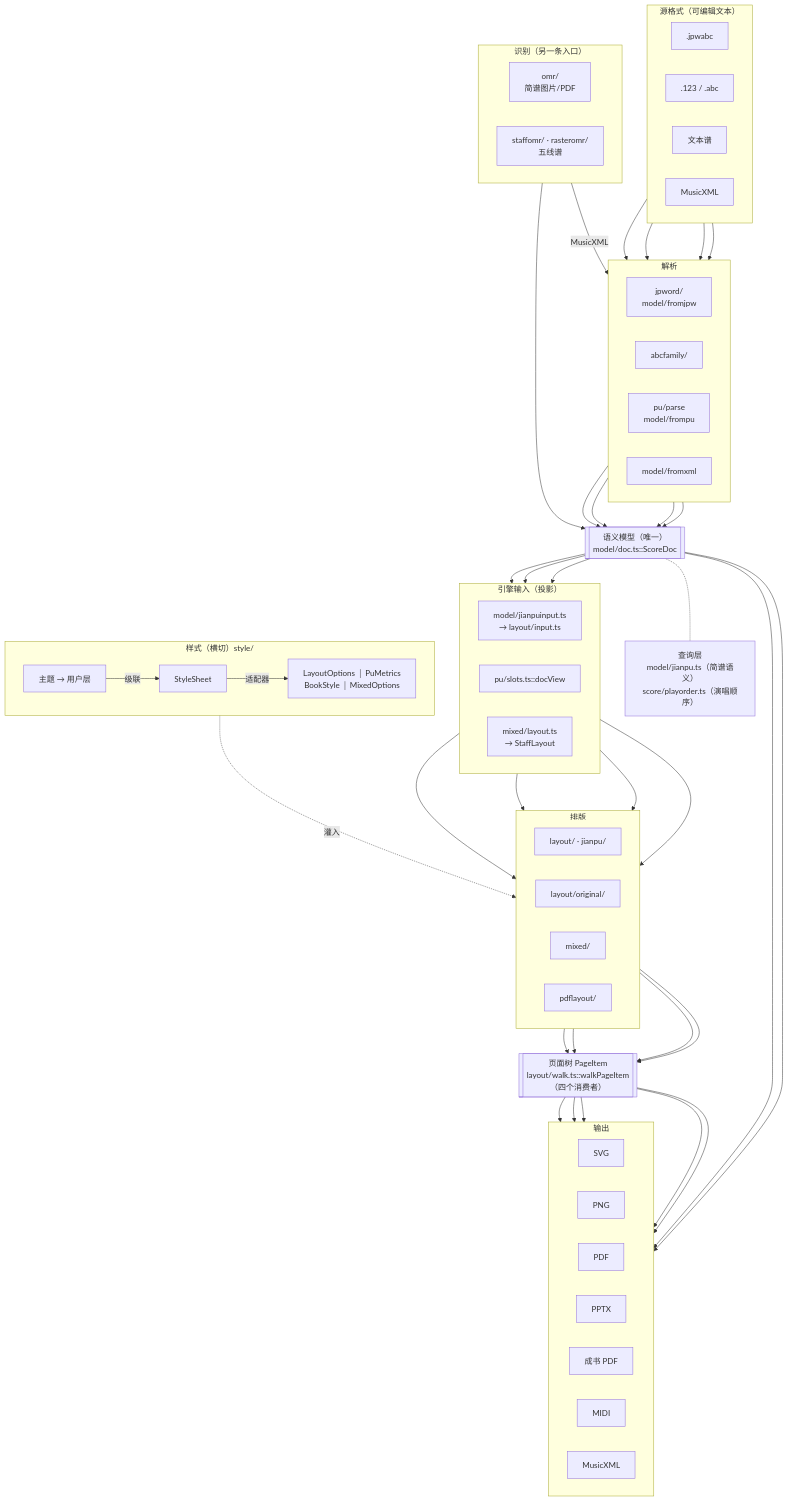
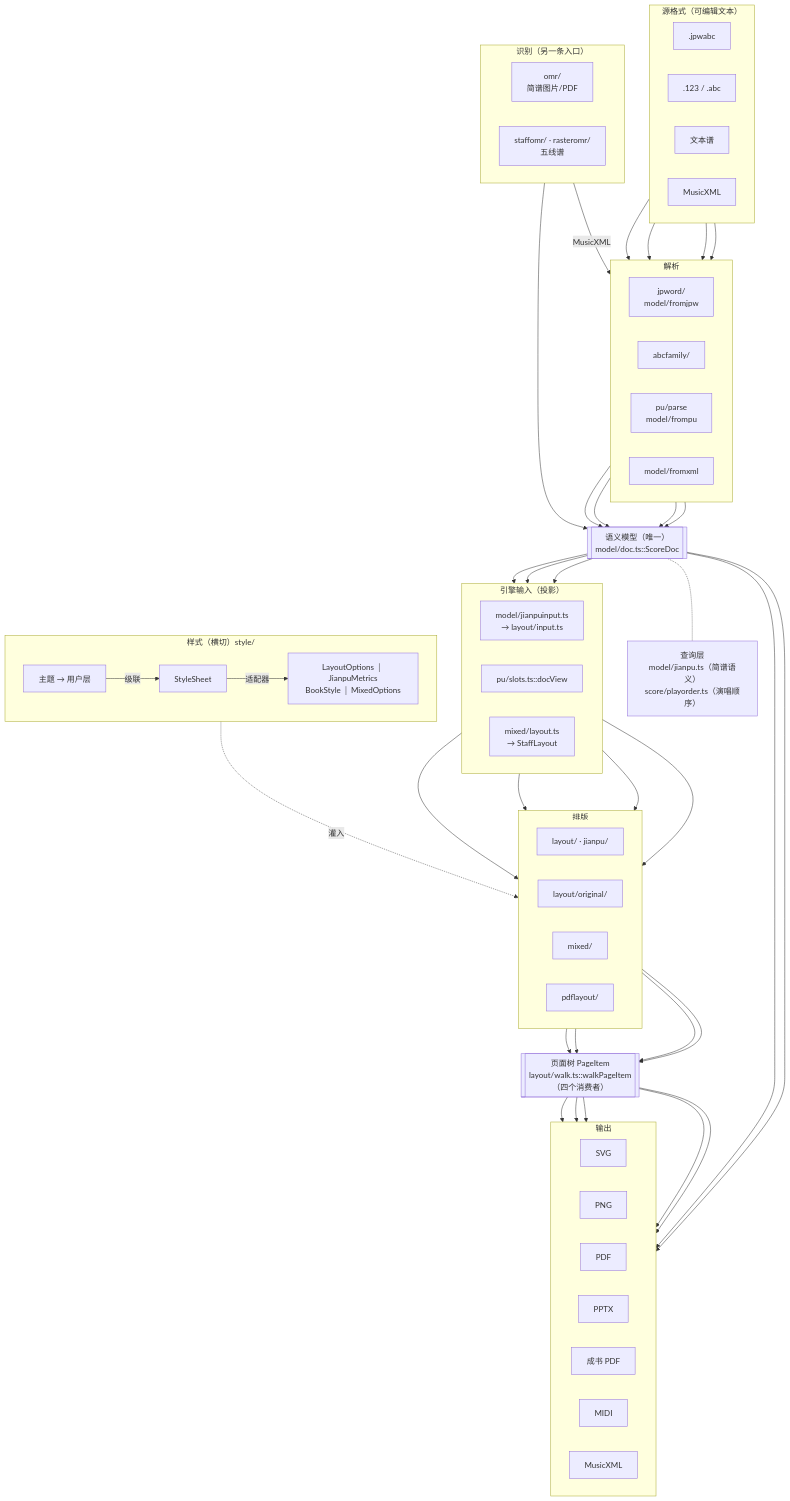
The diagram in docs/架构.md (lodebar2026/jpeditor), drawn with Mermaid before and after one commit. The commit also changed other lines of this file and 20 other files, not shown here.

Commit message:
原样文档布局的出厂度量迁进内置 .ss（R8）：pu-original.ss 改名 original.ss 作公共底表，诗歌本方言差异写进 original-shige.ss（字号字体走角色，其余走 @jianpu 新增的 original 列），删 applyShige/metricsFor；文档随改名同步，待办删 R8 与字段映射、另记 engine pu 改名

````diff
--- a/docs/架构.md
+++ b/docs/架构.md
@@ -41,78 +41,78 @@
 ```mermaid
 flowchart TB
   subgraph SRC["源格式（可编辑文本）"]
     direction LR
     jpw[".jpwabc"]
     abcf[".123 / .abc"]
     pu["文本谱"]
     xml["MusicXML"]
   end
 
   subgraph PARSE["解析"]
     direction LR
     pjpw["jpword/<br/>model/fromjpw"]
     pabc["abcfamily/"]
     ppu["pu/parse<br/>model/frompu"]
     pxml["model/fromxml"]
   end
 
   subgraph OMR["识别（另一条入口）"]
     direction LR
     omr["omr/<br/>简谱图片/PDF"]
     somr["staffomr/ · rasteromr/<br/>五线谱"]
   end
 
   doc[["语义模型（唯一）<br/>model/doc.ts::ScoreDoc"]]
   query["查询层<br/>model/jianpu.ts（简谱语义）<br/>score/playorder.ts（演唱顺序）"]
 
   subgraph PROJ["引擎输入（投影）"]
     direction LR
     ijp["model/jianpuinput.ts<br/>→ layout/input.ts"]
     ipu["pu/slots.ts::docView"]
     imx["mixed/layout.ts<br/>→ StaffLayout"]
   end
 
   subgraph LAYOUT["排版"]
     direction LR
     ljp["layout/ · jianpu/"]
     lpu["layout/original/"]
     lmx["mixed/"]
     lbook["pdflayout/"]
   end
 
   tree[["页面树 PageItem<br/>layout/walk.ts::walkPageItem（四个消费者）"]]
 
   subgraph OUT["输出"]
     direction LR
     o1["SVG"]
     o2["PNG"]
     o3["PDF"]
     o4["PPTX"]
     o5["成书 PDF"]
     o6["MIDI"]
     o7["MusicXML"]
   end
 
   subgraph STYLE["样式（横切）style/"]
     direction LR
     theme["主题 → 用户层"] -- 级联 --> sheet["StyleSheet"]
-    sheet -- 适配器 --> rulers["LayoutOptions │ PuMetrics<br/>BookStyle │ MixedOptions"]
+    sheet -- 适配器 --> rulers["LayoutOptions │ JianpuMetrics<br/>BookStyle │ MixedOptions"]
   end
 
   jpw --> pjpw
   abcf --> pabc
   pu --> ppu
   xml --> pxml
   pjpw & pabc & ppu & pxml --> doc
   omr --> doc
   somr -- MusicXML --> pxml
   doc -.- query
   doc --> ijp & ipu & imx
   ijp --> ljp & lbook
   ipu --> lpu
   imx --> lmx
   ljp & lpu & lmx & lbook --> tree
   tree --> o1 & o2 & o3 & o4 & o5
   doc --> o6 & o7
   rulers -. 灌入 .-> LAYOUT
 ```
````
